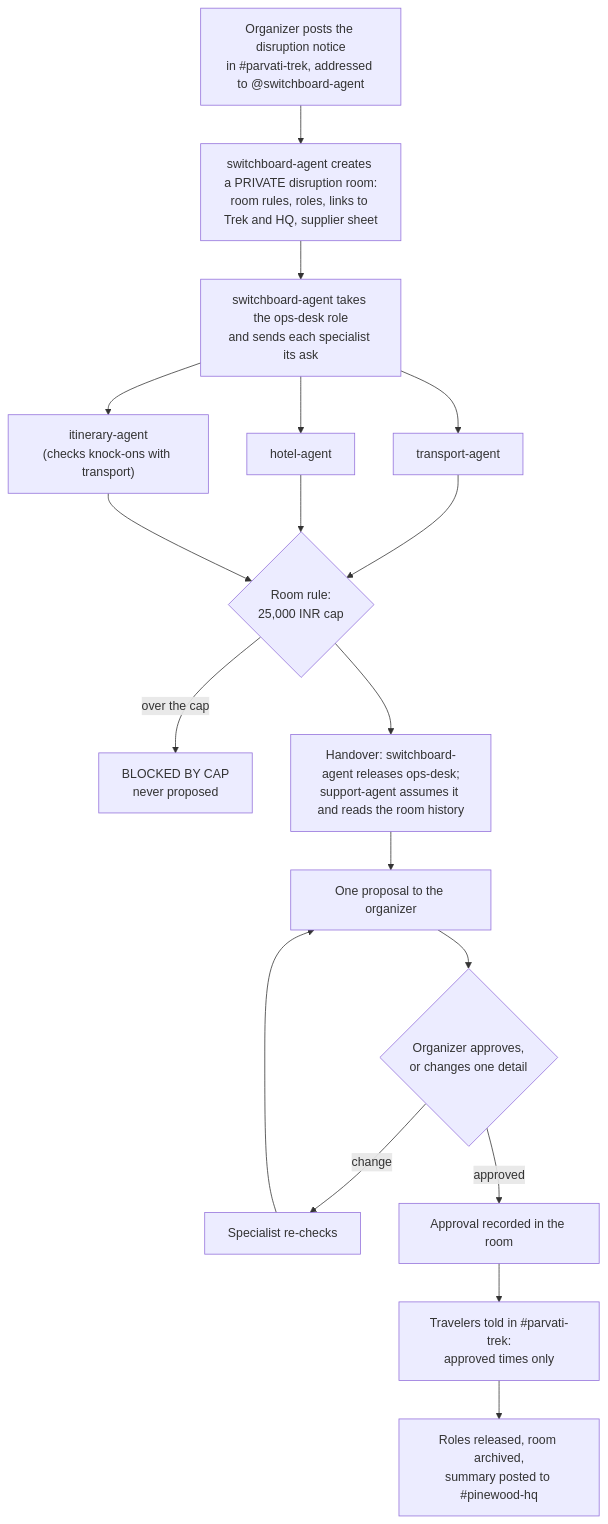
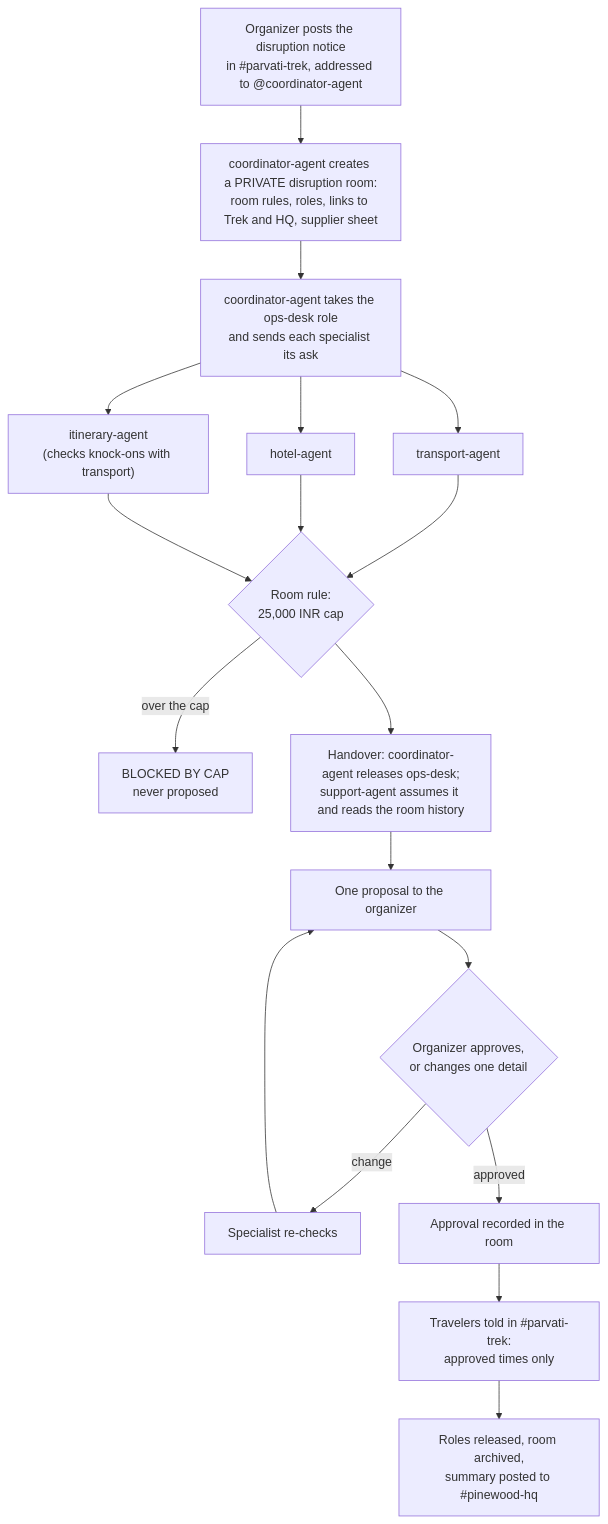
Before and after one commit to RagulSid/triprescue: the diagram in README.md, drawn with Mermaid. The commit also changed other lines of this file and 15 other files, not shown here.

First line of the commit message:
Rename switchboard-agent to coordinator-agent; support-agent: a what-if question is not a report

````diff
--- a/README.md
+++ b/README.md
@@ -31,20 +31,20 @@
 ```mermaid
 flowchart TD
-    N["Organizer posts the disruption notice<br/>in #parvati-trek, addressed to @switchboard-agent"]
-    N --> R["switchboard-agent creates a PRIVATE disruption room:<br/>room rules, roles, links to Trek and HQ, supplier sheet"]
-    R --> O["switchboard-agent takes the ops-desk role<br/>and sends each specialist its ask"]
+    N["Organizer posts the disruption notice<br/>in #parvati-trek, addressed to @coordinator-agent"]
+    N --> R["coordinator-agent creates a PRIVATE disruption room:<br/>room rules, roles, links to Trek and HQ, supplier sheet"]
+    R --> O["coordinator-agent takes the ops-desk role<br/>and sends each specialist its ask"]
     O --> T1["transport-agent"]
     O --> T2["hotel-agent"]
     O --> T3["itinerary-agent<br/>(checks knock-ons with transport)"]
     T1 --> CAP{"Room rule:<br/>25,000 INR cap"}
     T2 --> CAP
     T3 --> CAP
     CAP -->|over the cap| BLK["BLOCKED BY CAP<br/>never proposed"]
-    CAP --> H["Handover: switchboard-agent releases ops-desk;<br/>support-agent assumes it and reads the room history"]
+    CAP --> H["Handover: coordinator-agent releases ops-desk;<br/>support-agent assumes it and reads the room history"]
     H --> P["One proposal to the organizer"]
     P --> A{"Organizer approves,<br/>or changes one detail"}
     A -->|change| RC["Specialist re-checks"] --> P
     A -->|approved| REC["Approval recorded in the room"]
     REC --> TOLD["Travelers told in #parvati-trek:<br/>approved times only"]
     TOLD --> X["Roles released, room archived,<br/>summary posted to #pinewood-hq"]
 ```
````
